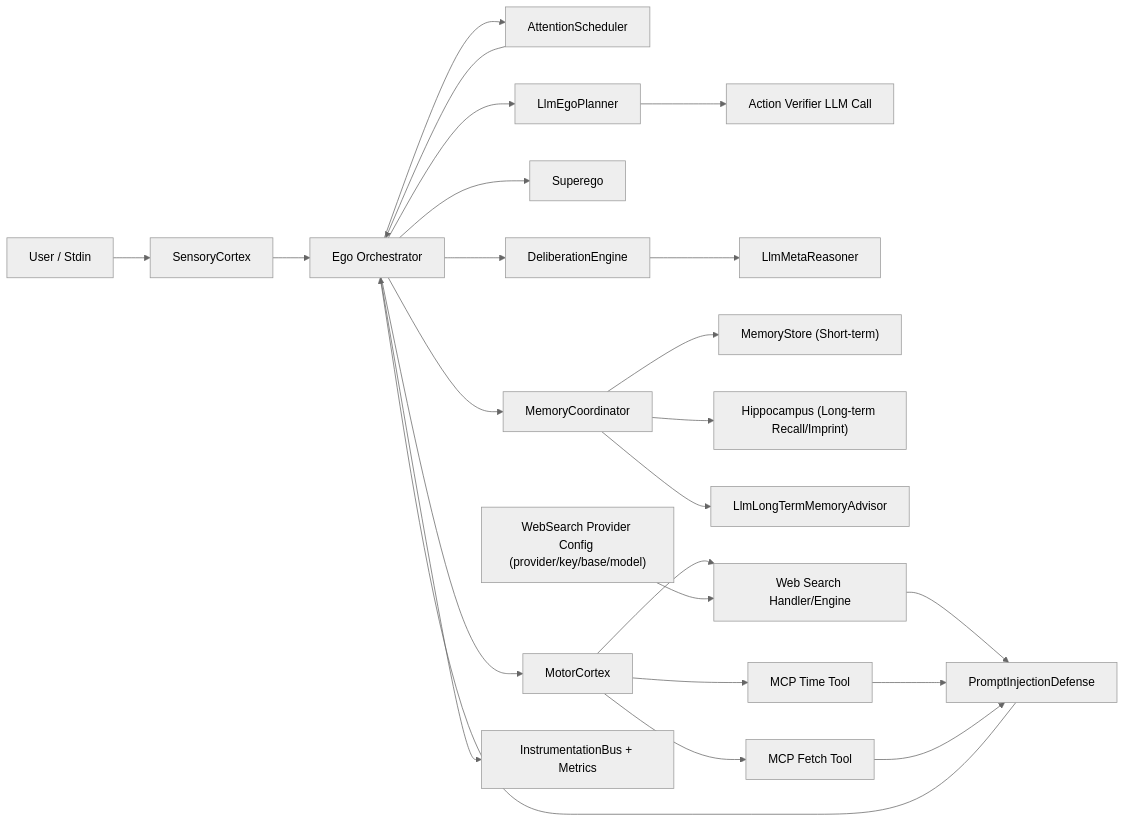
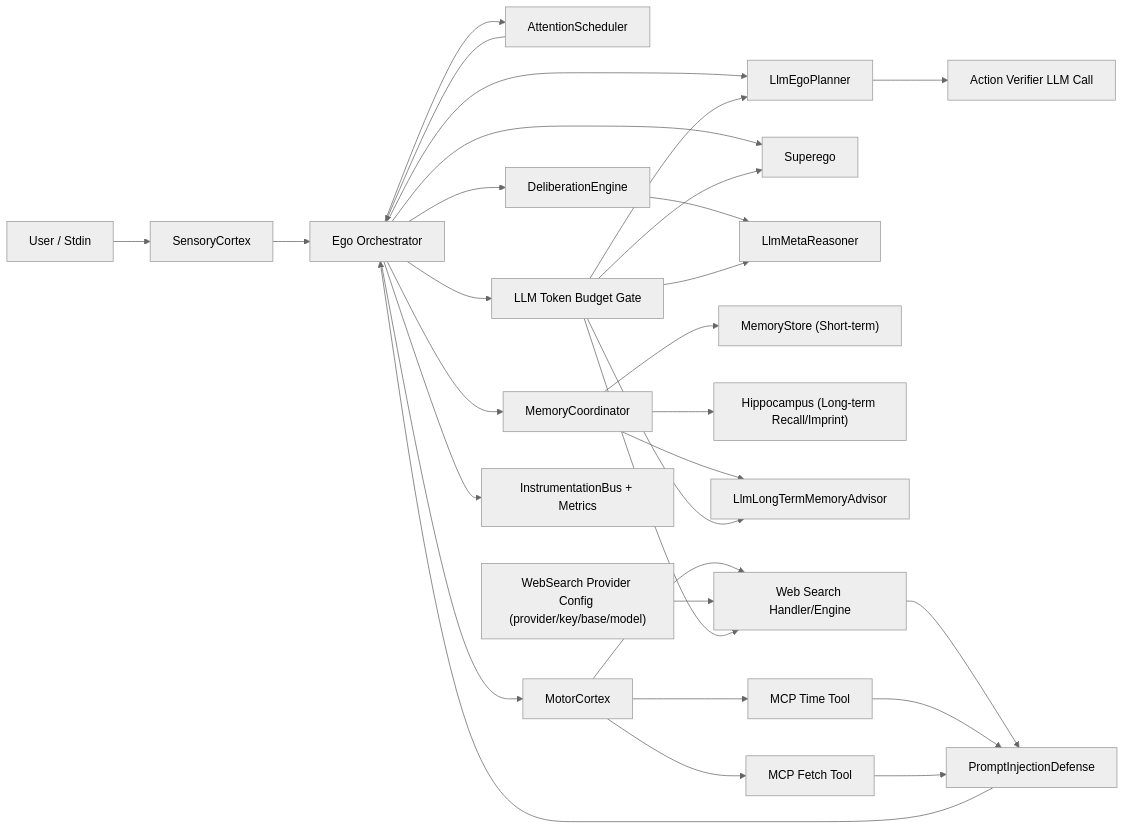
Before and after one commit to neopsyke/NeoPsyke: the first of 5 diagrams in AGENT_LOGIC_DIAGRAM.md, drawn with Mermaid (neutral theme). The commit also changed other lines of this file and 17 other files, not shown here.

````diff
--- a/AGENT_LOGIC_DIAGRAM.md
+++ b/AGENT_LOGIC_DIAGRAM.md
@@ -8,32 +8,39 @@
 ```mermaid
 flowchart LR
     U["User / Stdin"] --> SC["SensoryCortex"]
     SC --> E["Ego Orchestrator"]
 
     E --> AS["AttentionScheduler"]
     AS --> E
 
     E --> P["LlmEgoPlanner"]
     P --> AV["Action Verifier LLM Call"]
     E --> S["Superego"]
     E --> M["MotorCortex"]
+    E --> BG["LLM Token Budget Gate"]
 
     E --> DE["DeliberationEngine"]
     DE --> MR["LlmMetaReasoner"]
 
     E --> MC["MemoryCoordinator"]
     MC --> MS["MemoryStore (Short-term)"]
     MC --> H["Hippocampus (Long-term Recall/Imprint)"]
     MC --> LTM["LlmLongTermMemoryAdvisor"]
 
     M --> WS["Web Search Handler/Engine"]
     CfgWS["WebSearch Provider Config (provider/key/base/model)"] --> WS
     M --> MT["MCP Time Tool"]
     M --> MF["MCP Fetch Tool"]
     WS --> PID["PromptInjectionDefense"]
     MT --> PID
     MF --> PID
     PID --> E
 
+    BG --> P
+    BG --> S
+    BG --> MR
+    BG --> LTM
+    BG --> WS
+
     E --> I["InstrumentationBus + Metrics"]
 ```
````
